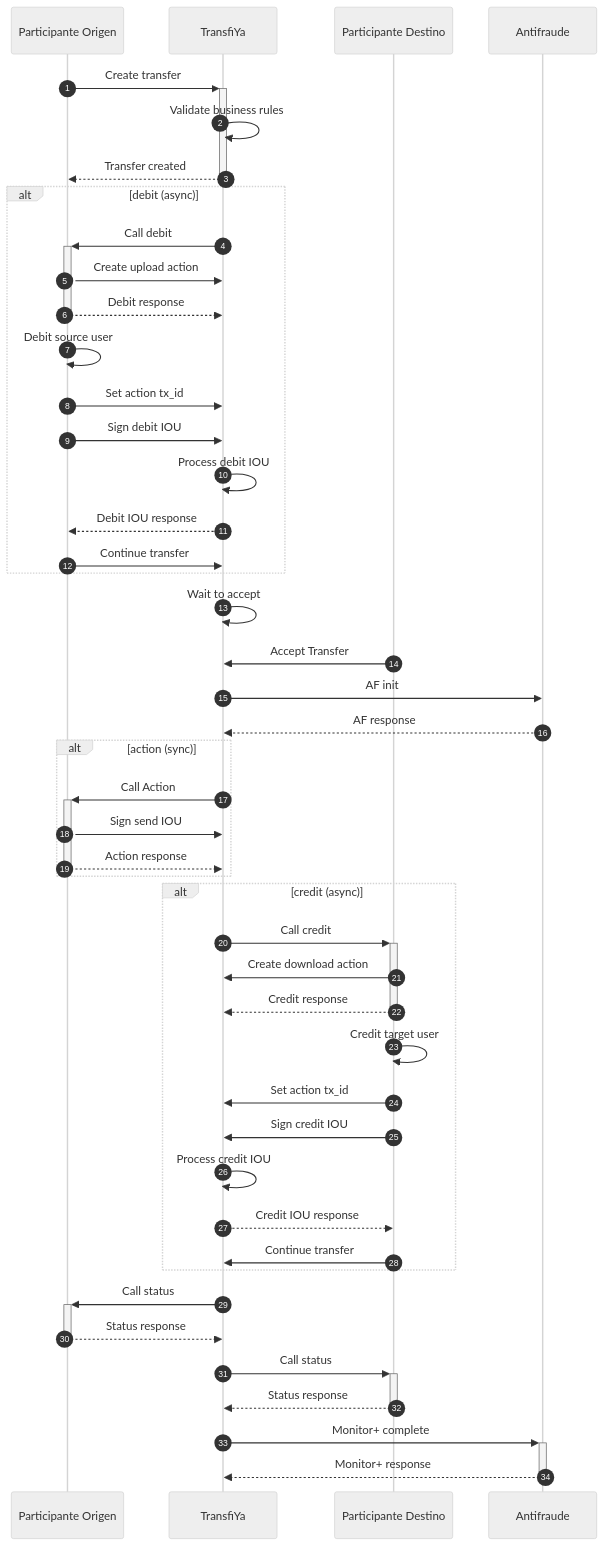
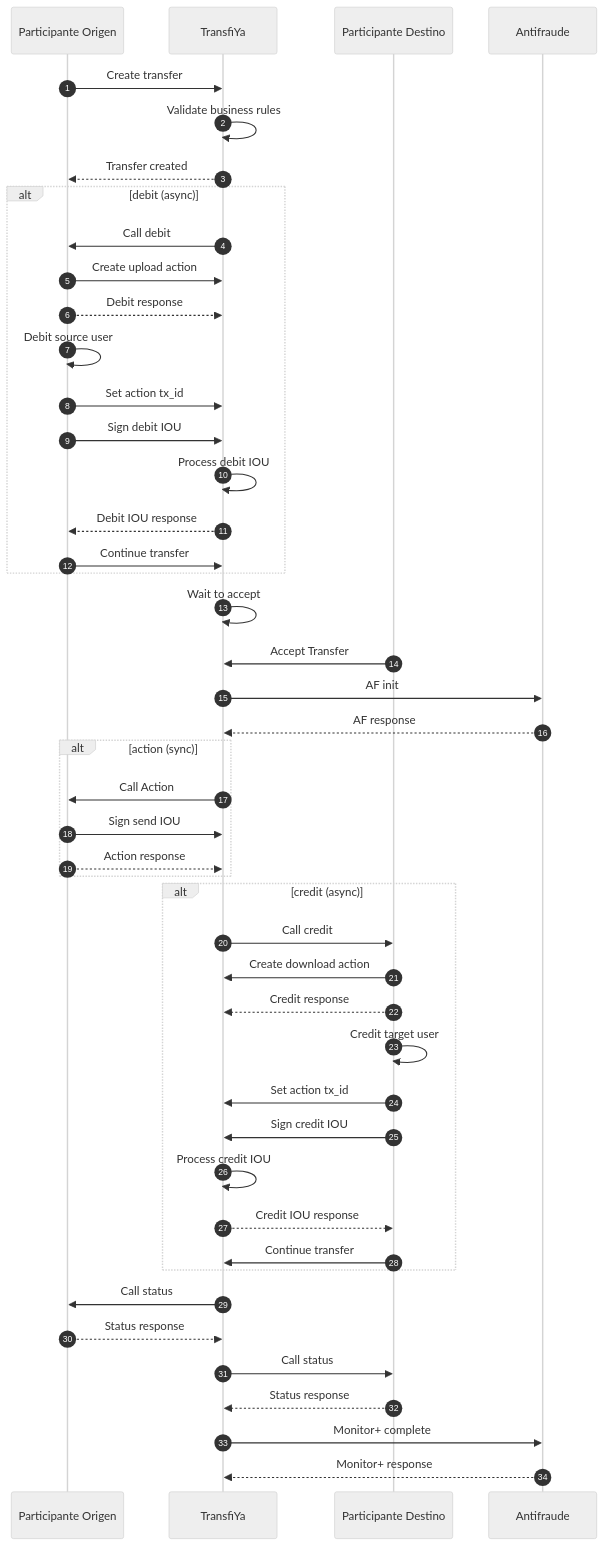
Before and after one commit to dom-minka/docs: the second of 7 diagrams in es/about/about-flows.mdx, drawn with Mermaid (neutral theme). The commit also changed other lines of this file and 3 other files, not shown here.

Commit message:
Updated flow

````diff
--- a/es/about/about-flows.mdx
+++ b/es/about/about-flows.mdx
@@ -66,58 +58,53 @@
       ```mermaid
-      sequenceDiagram
-	autonumber
-	participant sb as Participante Origen
-	participant ty as TransfiYa
-        participant tb as Participante Destino
-        participant monitor as Antifraude
+    sequenceDiagram
+    autonumber
+    participant sb as Participante Origen
+    participant ty as TransfiYa
+    participant tb as Participante Destino
+    participant monitor as Antifraude
 
-        sb ->> +ty: Create transfer
-        ty ->> ty: Validate business rules
-        ty -->> -sb: Transfer created
+    sb ->> ty: Create transfer
+    ty ->> ty: Validate business rules
+    ty -->> sb: Transfer created
+    alt debit (async)
+      ty ->> sb: Call debit
+      sb ->> ty: Create upload action
+      sb -->> ty: Debit response
+      sb ->> sb: Debit source user
+      sb ->> ty: Set action tx_id
+      sb ->> ty: Sign debit IOU
+      ty ->> ty: Process debit IOU
+      ty -->> sb: Debit IOU response
+      sb ->> ty: Continue transfer
+    end
 
-        alt debit (async)
-        ty ->> +sb: Call debit
-        sb ->> ty: Create upload action
-        sb -->> -ty: Debit response
-        sb ->> sb: Debit source user
-        sb ->> ty: Set action tx_id
-        sb ->> ty: Sign debit IOU
-        ty ->> ty: Process debit IOU
-        ty -->> sb: Debit IOU response
-        sb ->> ty: Continue transfer
-        end
+    ty ->> ty: Wait to accept
+    tb ->> ty: Accept Transfer
+    ty ->> monitor: AF init
+    monitor -->> ty: AF response
 
-        ty ->> ty: Wait to accept
+    alt action (sync)
+      ty ->> sb: Call Action
+      sb ->> ty: Sign send IOU
+      sb -->> ty: Action response
+    end
 
-        tb ->> ty: Accept Transfer
+    alt credit (async)
+      ty ->> tb: Call credit
+      tb ->> ty: Create download action
+      tb -->> ty: Credit response
+      tb ->> tb: Credit target user
+      tb ->> ty: Set action tx_id
+      tb ->> ty: Sign credit IOU
+      ty ->> ty: Process credit IOU
+      ty -->> tb: Credit IOU response
+      tb ->> ty: Continue transfer
+    end
 
-        ty ->> monitor: AF init
-        monitor -->> ty: AF response
-
-        alt action (sync)
-        ty ->> +sb: Call Action
-        sb ->> ty: Sign send IOU
-        sb -->> -ty: Action response
-        end
-
-        alt credit (async)
-        ty ->> +tb: Call credit
-        tb ->> ty: Create download action
-        tb -->> -ty: Credit response
-        tb ->> tb: Credit target user
-        tb ->> ty: Set action tx_id
-        tb ->> ty: Sign credit IOU
-        ty ->> ty: Process credit IOU
-        ty -->> tb: Credit IOU response
-        tb ->> ty: Continue transfer
-        end
-
-        ty ->> +sb: Call status
-        sb -->> -ty: Status response
-
-        ty ->> +tb: Call status
-        tb -->> -ty: Status response
-
-        ty ->> +monitor: Monitor+ complete
-        monitor -->> -ty: Monitor+ response
-      ```
+    ty ->> sb: Call status
+    sb -->> ty: Status response
+    ty ->> tb: Call status
+    tb -->> ty: Status response
+    ty ->> monitor: Monitor+ complete
+    monitor -->> ty: Monitor+ response
+    ```
````
